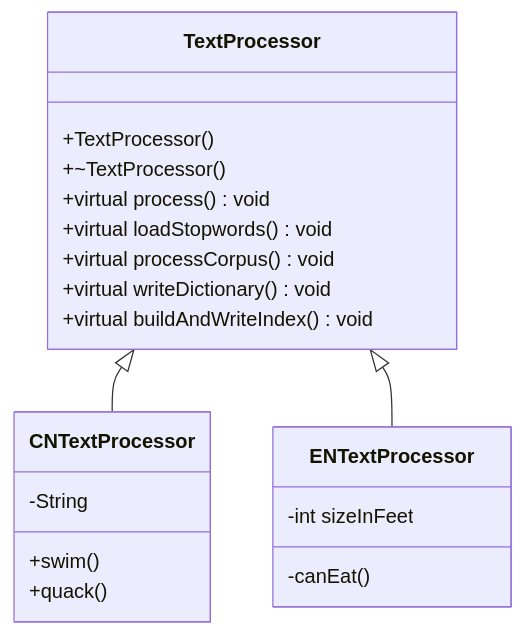
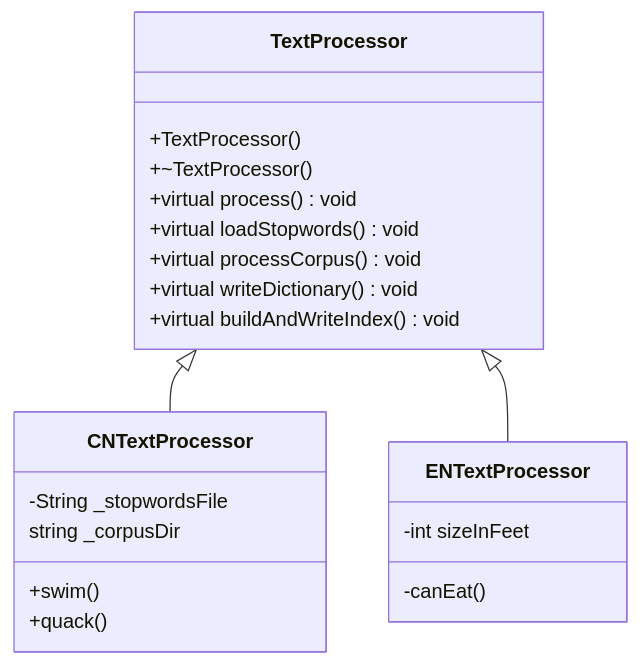
Before and after one commit to Jason-DancingBoy/iodraw-files: the diagram in all/未命名-1.md, drawn with Mermaid.

Commit message:
2026-01-02 21:05:59 update

````diff
--- a/all/未命名-1.md
+++ b/all/未命名-1.md
@@ -1,26 +1,26 @@
 ```mermaid
 classDiagram
     TextProcessor <|-- CNTextProcessor
     TextProcessor <|-- ENTextProcessor
     TextProcessor: +TextProcessor()
     TextProcessor: +~TextProcessor()
     TextProcessor: +virtual process() void
     TextProcessor: +virtual loadStopwords() void 
     TextProcessor: +virtual processCorpus() void
     TextProcessor: +virtual writeDictionary() void
     TextProcessor: +virtual buildAndWriteIndex() void
     class CNTextProcessor{
-      -String 
-
+      -String _stopwordsFile
+        string _corpusDir
       +swim()
       +quack()
     }
     class ENTextProcessor{
       -int sizeInFeet
       -canEat()
     }
     %%  string _stopwordsFile; // 存放停用词文件名
     %%  string _corpusDir; // 存放语料库目录
     %%  unordered_set<string> _stopwords; // 用来存放停用词
     %%  map<string, int> _wordFreq;
 ```
````
